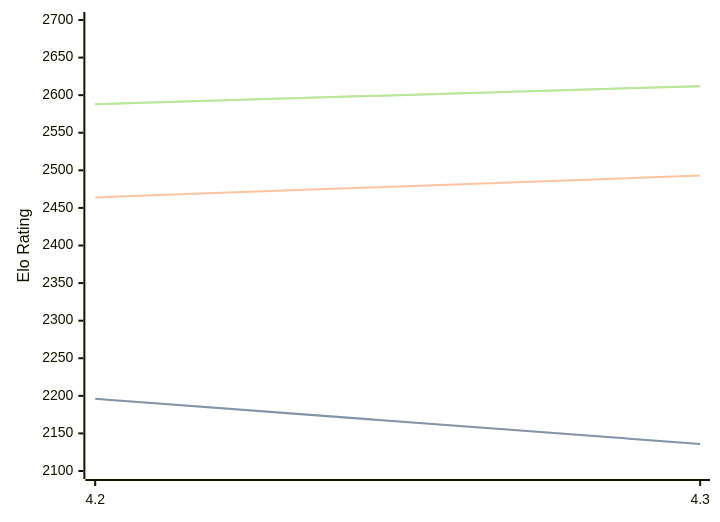
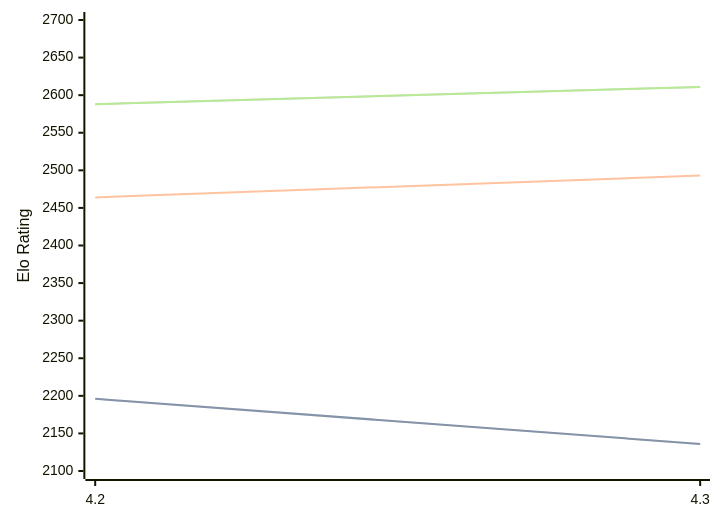
The diagram in engines/Eubos.md (computer-chess-index/cci), drawn with Mermaid before and after one commit. The commit also changed other lines of this file, not shown here.

Commit message:
Update CCI Ratings (ELO VLTC) - 2026-04-24

````diff
--- a/engines/Eubos.md
+++ b/engines/Eubos.md
@@ -88,11 +88,11 @@
 ```mermaid
 %%{init: {"theme":"base","themeVariables":{"seriesColors:['#a3a3a3','#222221','#faa371']}}}%%
 xychart-beta
   x-axis ["4.2", "4.3"]
   y-axis "Elo Rating" 2100 --> 2700
   line "STC (8.0+0.08s)" [2196, 2136]
   line "STC (8.0+0.08s)" [2196, 2136]
   line "LTC (60.0+0.60s)" [2464, 2493]
-  line "VLTC (2m24s+1.12s)" [2588, 2612]
-  line "VLTC (2m24s+1.12s)" [2588, 2612]
+  line "VLTC (2m24s+1.12s)" [2588, 2611]
+  line "VLTC (2m24s+1.12s)" [2588, 2611]
 ```
````
